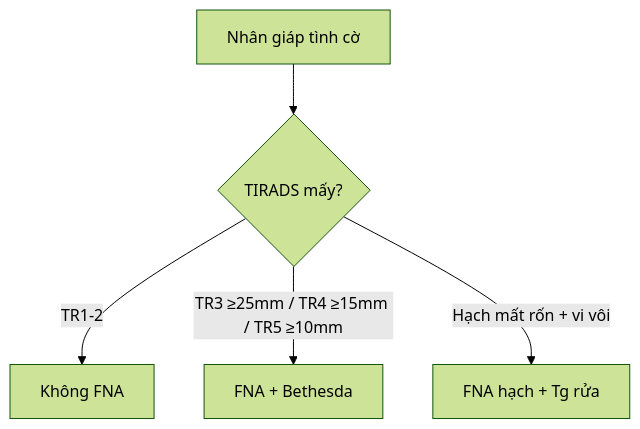
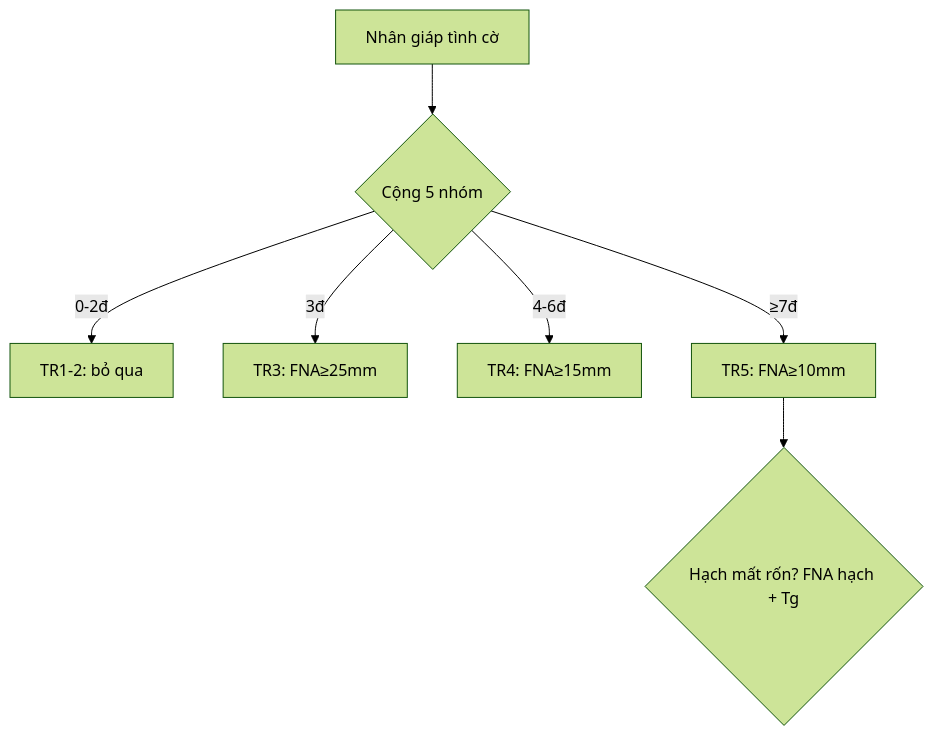
One commit to drthe92/rad changed the diagram in 230-tuyen-giap-hach-co/lesson.md. Above: the diagram before and after it, drawn with Mermaid (forest theme). The commit also changed other lines of this file and 11 other files, not shown here.

````diff
--- a/230-tuyen-giap-hach-co/lesson.md
+++ b/230-tuyen-giap-hach-co/lesson.md
@@ -41,7 +56,9 @@
 ```mermaid
 flowchart TD
-  A[Nhân giáp tình cờ] --> B{TIRADS mấy?}
-  B -->|TR1-2| C[Không FNA]
-  B -->|TR3 ≥25mm / TR4 ≥15mm / TR5 ≥10mm| D[FNA + Bethesda]
-  B -->|Hạch mất rốn + vi vôi| E[FNA hạch + Tg rửa]
+  A[Nhân giáp tình cờ] --> B{Cộng 5 nhóm}
+  B -->|0-2đ| C[TR1-2: bỏ qua]
+  B -->|3đ| D[TR3: FNA≥25mm]
+  B -->|4-6đ| E[TR4: FNA≥15mm]
+  B -->|≥7đ| F[TR5: FNA≥10mm]
+  F --> G{Hạch mất rốn? FNA hạch + Tg}
 ```
````
